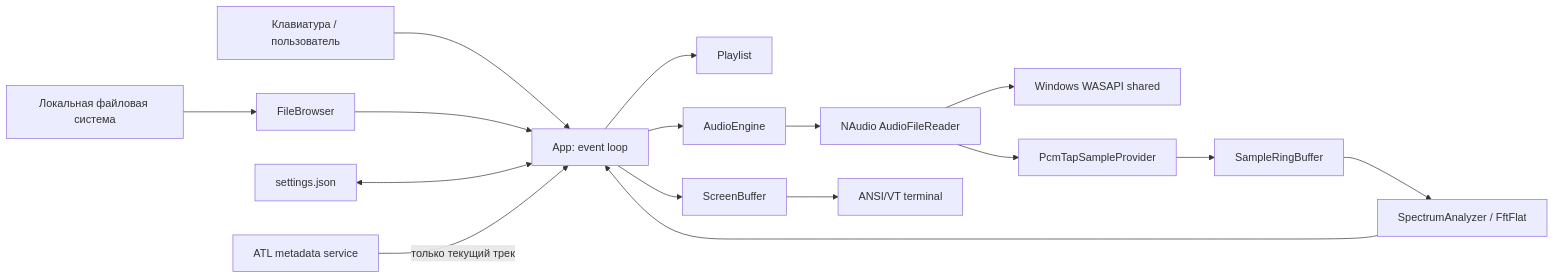
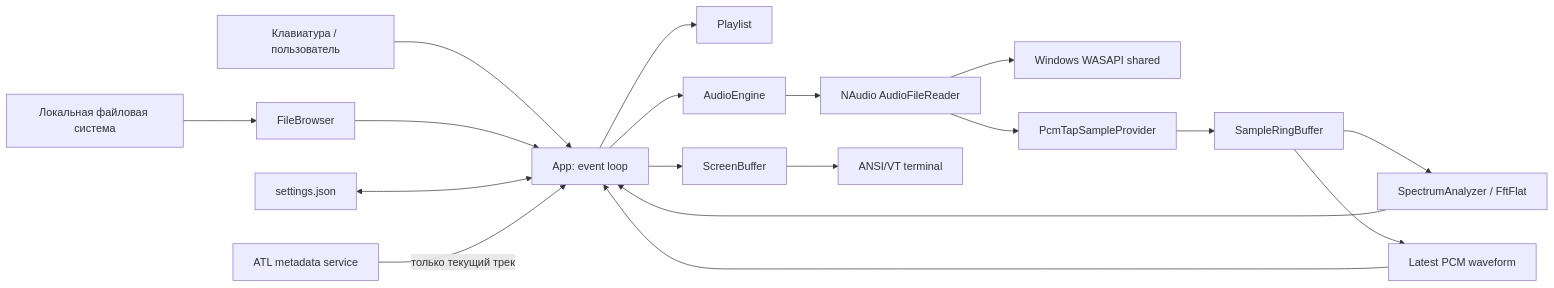
Before and after one commit to Geckon01/YACPlayer: the first of 3 diagrams in docs/ARCHITECTURE.ru.md, drawn with Mermaid. The commit also changed other lines of this file and 7 other files, not shown here.

````diff
--- a/docs/ARCHITECTURE.ru.md
+++ b/docs/ARCHITECTURE.ru.md
@@ -23,18 +23,20 @@
 ```mermaid
 flowchart LR
     User["Клавиатура / пользователь"] --> App["App: event loop"]
     Files["Локальная файловая система"] --> Browser["FileBrowser"]
     Browser --> App
     App --> Playlist["Playlist"]
     App --> Audio["AudioEngine"]
     Audio --> NAudio["NAudio AudioFileReader"]
     NAudio --> WASAPI["Windows WASAPI shared"]
     NAudio --> Tap["PcmTapSampleProvider"]
     Tap --> Ring["SampleRingBuffer"]
     Ring --> FFT["SpectrumAnalyzer / FftFlat"]
+    Ring --> Wave["Latest PCM waveform"]
     FFT --> App
+    Wave --> App
     App --> Buffer["ScreenBuffer"]
     Buffer --> Terminal["ANSI/VT terminal"]
     Settings["settings.json"] <--> App
     ATL["ATL metadata service"] -->|"только текущий трек"| App
 ```
````
